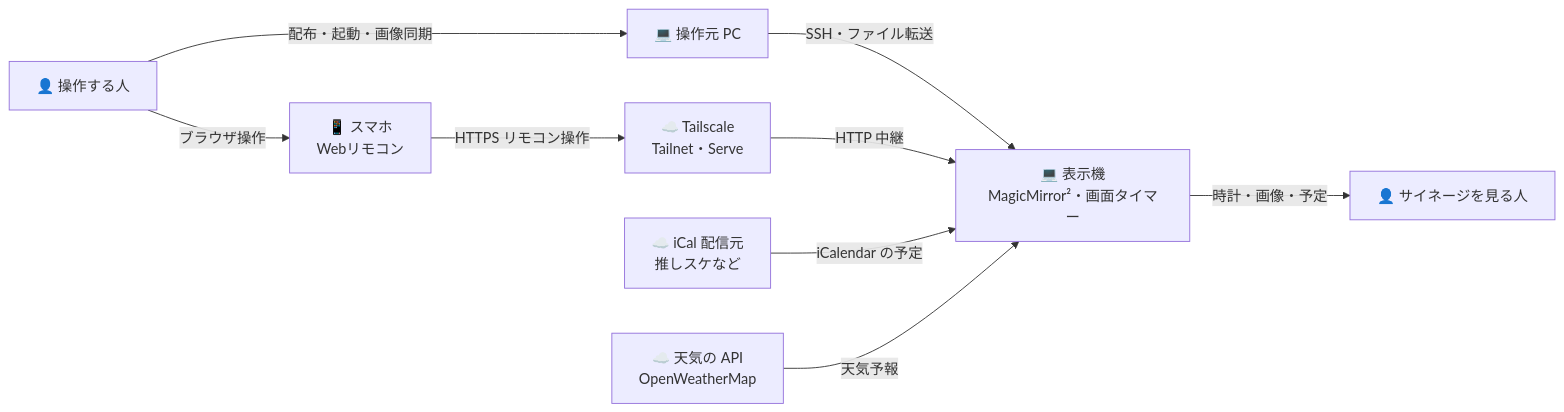
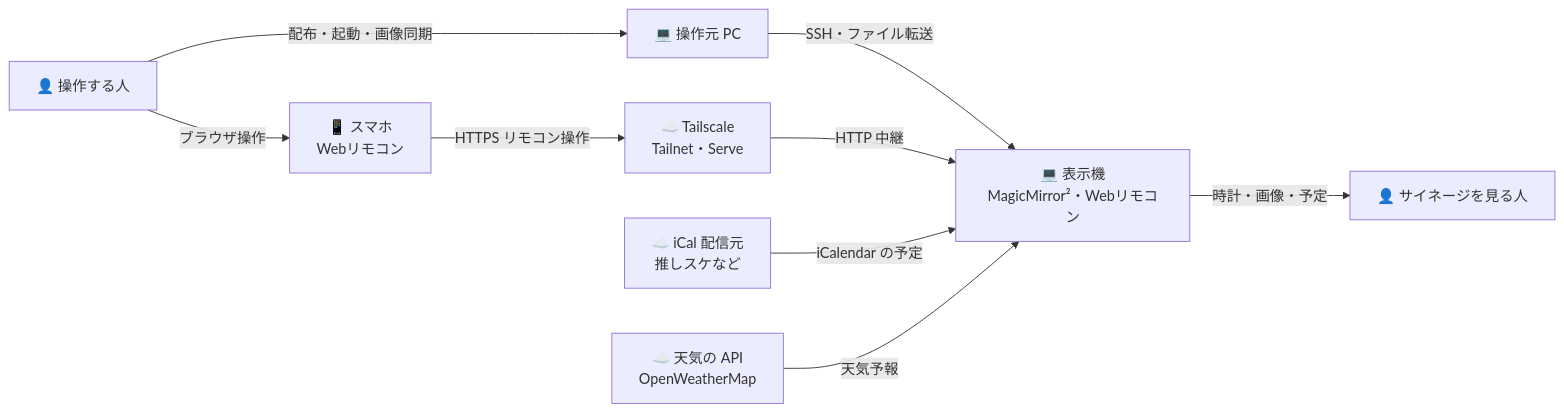
The diagram in README.md (YoyogiPinball/yp-signage), drawn with Mermaid before and after one commit. The commit also changed other lines of this file and 17 other files, not shown here.

````diff
--- a/README.md
+++ b/README.md
@@ -34,19 +34,19 @@
 ```mermaid
 flowchart LR
     viewer["👤 サイネージを見る人"]
     operator["👤 操作する人"]
     phone["📱 スマホ<br>Webリモコン"]
     pc["💻 操作元 PC"]
-    signage["💻 表示機<br>MagicMirror²・画面タイマー"]
+    signage["💻 表示機<br>MagicMirror²・Webリモコン"]
     ical["☁️ iCal 配信元<br>推しスケなど"]
     weather["☁️ 天気の API<br>OpenWeatherMap"]
     tailscale["☁️ Tailscale<br>Tailnet・Serve"]
     operator -->|ブラウザ操作| phone
     operator -->|配布・起動・画像同期| pc
     pc -->|SSH・ファイル転送| signage
     phone -->|HTTPS リモコン操作| tailscale
     tailscale -->|HTTP 中継| signage
     ical -->|iCalendar の予定| signage
     weather -->|天気予報| signage
     signage -->|時計・画像・予定| viewer
 ```
````
